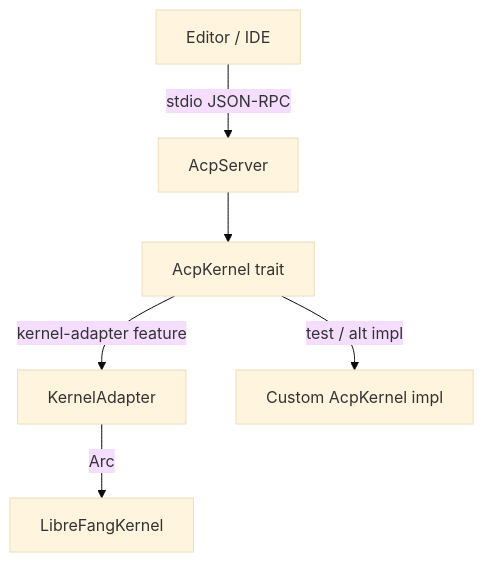
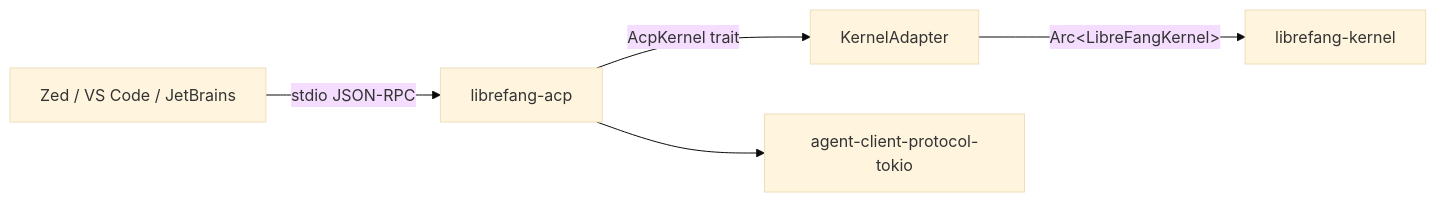
The diagram in other-librefang-acp.md (leszek3737/librefang-WIki), drawn with Mermaid (base theme) before and after one commit. The commit also changed other lines of this file and 122 other files, not shown here.

````diff
--- a/other-librefang-acp.md
+++ b/other-librefang-acp.md
@@ -13,8 +13,7 @@
 ```mermaid
-graph TD
-    Editor[Editor / IDE] -->|stdio JSON-RPC| ACP[AcpServer]
-    ACP --> AK[AcpKernel trait]
-    AK -->|kernel-adapter feature| KA[KernelAdapter]
-    KA -->|Arc| LFK[LibreFangKernel]
-    AK -->|test / alt impl| Custom[Custom AcpKernel impl]
+graph LR
+    Editor[Zed / VS Code / JetBrains] -->|stdio JSON-RPC| ACP
+    ACP[librefang-acp] -->|AcpKernel trait| KA[KernelAdapter]
+    KA -->|Arc&lt;LibreFangKernel&gt;| Kernel[librefang-kernel]
+    ACP --> AT[agent-client-protocol-tokio]
 ```
````
